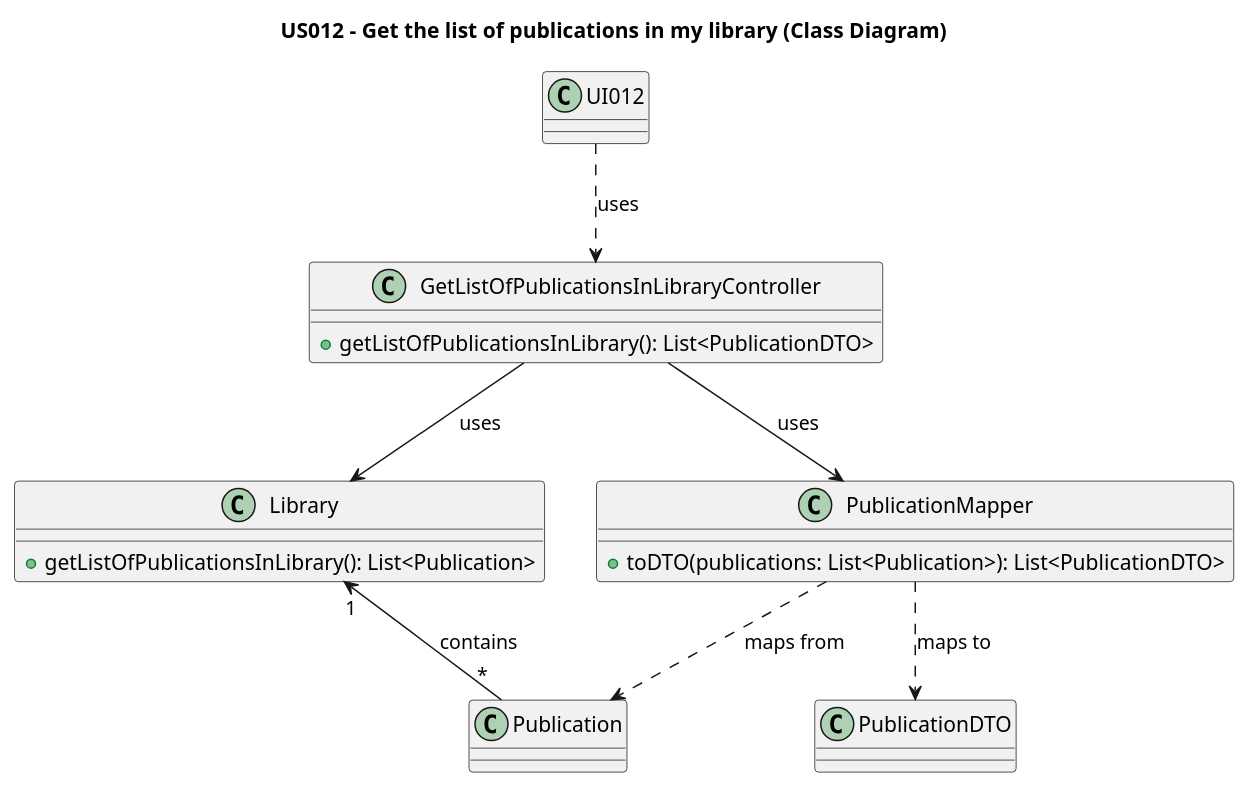
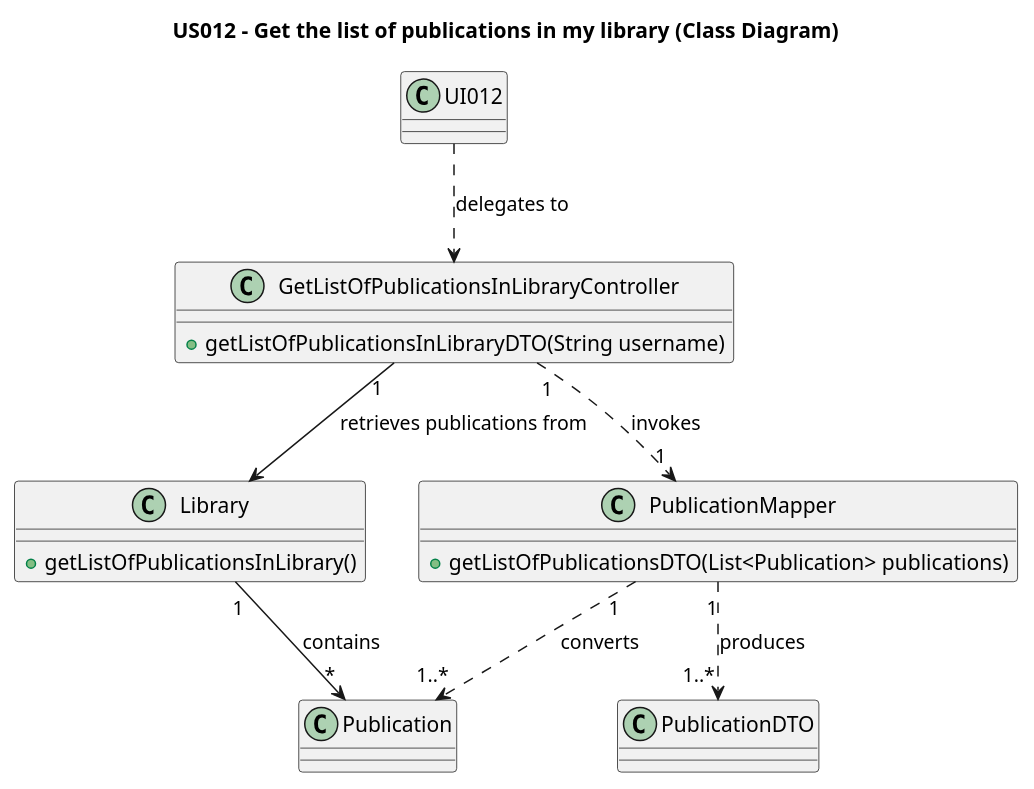
One commit to AndrePereiraGitH/SWitCH-Project-Team_A changed the diagram in Diagrams/ClassDiagrams/US012-to-get-list-of-publications.puml. Above: the diagram before and after it, drawn with PlantUML. The commit also changed 2 other files, not shown here.

Commit message:
Closes #105,#104, #34, improved the diagrams

```diff
--- a/Diagrams/ClassDiagrams/US012-to-get-list-of-publications.puml
+++ b/Diagrams/ClassDiagrams/US012-to-get-list-of-publications.puml
@@ -1,37 +1,37 @@
 @startuml
 title US012 - Get the list of publications in my library (Class Diagram)
 
 class UI012 {
 }
 
 class GetListOfPublicationsInLibraryController {
-    +getListOfPublicationsInLibrary(): List<PublicationDTO>
+    +getListOfPublicationsInLibraryDTO(String username)
 }
 
 class Library {
-    +getListOfPublicationsInLibrary(): List<Publication>
+    +getListOfPublicationsInLibrary()
 }
 
 class Publication {
 }
 
 class PublicationDTO {
 }
 
 class PublicationMapper {
-    +toDTO(publications: List<Publication>): List<PublicationDTO>
+    +getListOfPublicationsDTO(List<Publication> publications)
 }
 
 ' ---------------- Relationships ----------------
 
-UI012 ..> GetListOfPublicationsInLibraryController : uses
+UI012 ..> GetListOfPublicationsInLibraryController : delegates to
 
-GetListOfPublicationsInLibraryController --> Library : uses
-GetListOfPublicationsInLibraryController --> PublicationMapper : uses
+GetListOfPublicationsInLibraryController "1" --> Library : retrieves publications from
+GetListOfPublicationsInLibraryController "1" ..> "1" PublicationMapper : invokes
 
-Library "1" <-- "*" Publication : contains
+Library "1" --> "*" Publication : contains
 
-PublicationMapper ..> Publication : maps from
-PublicationMapper ..> PublicationDTO : maps to
+PublicationMapper "1" ..> "1..*" Publication : converts
+PublicationMapper "1" ..> "1..*" PublicationDTO : produces
 
 @enduml
```
